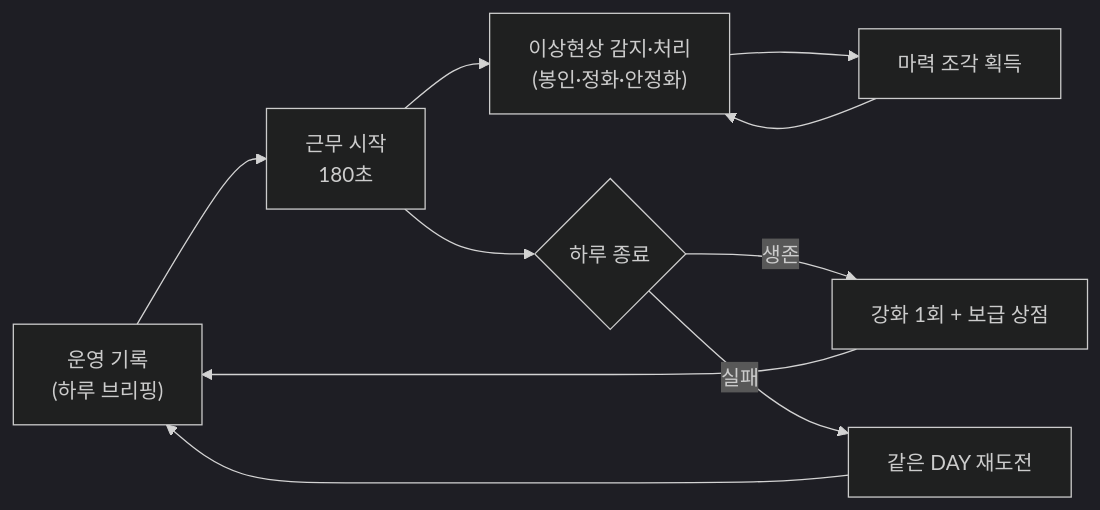
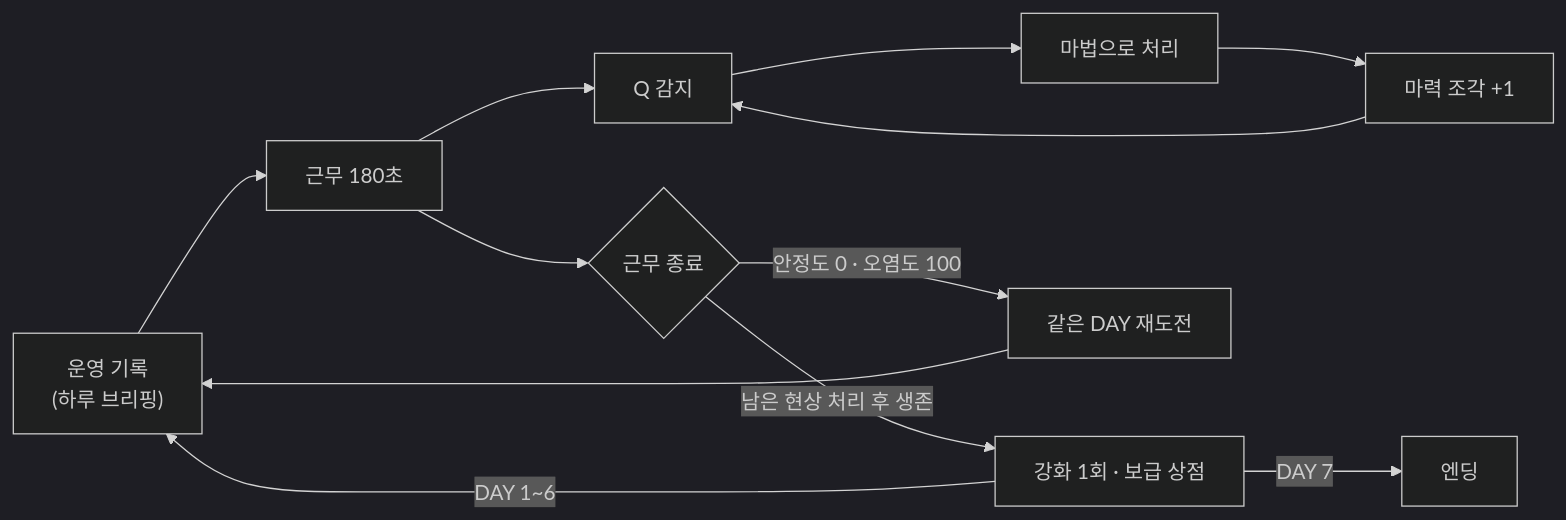
Before and after one commit to ebsongg1/portfolio: the first of 5 diagrams in src/3-arcane-shift/기술문서.md, drawn with Mermaid (dark theme). The commit also changed other lines of this file and 46 other files, not shown here.

````diff
--- a/src/3-arcane-shift/기술문서.md
+++ b/src/3-arcane-shift/기술문서.md
@@ -55,12 +60,14 @@
 ```mermaid
 flowchart LR
-    A["운영 기록<br/>(하루 브리핑)"] --> B["근무 시작<br/>180초"]
-    B --> C["이상현상 감지·처리<br/>(봉인·정화·안정화)"]
-    C --> D["마력 조각 획득"]
-    D --> C
-    B --> E{"하루 종료"}
-    E -->|생존| F["강화 1회 + 보급 상점"]
-    F --> A
-    E -->|실패| G["같은 DAY 재도전"]
-    G --> A
+    A["운영 기록<br/>(하루 브리핑)"] --> B["근무 180초"]
+    B --> C["Q 감지"]
+    C --> D["마법으로 처리"]
+    D --> E["마력 조각 +1"]
+    E --> C
+    B --> F{"근무 종료"}
+    F -->|"남은 현상 처리 후 생존"| G["강화 1회 · 보급 상점"]
+    G -->|"DAY 1~6"| A
+    F -->|"안정도 0 · 오염도 100"| H["같은 DAY 재도전"]
+    H --> A
+    G -->|"DAY 7"| I["엔딩"]
 ```
````
